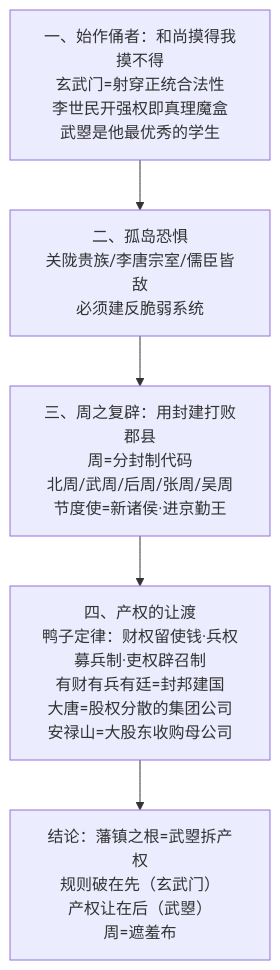
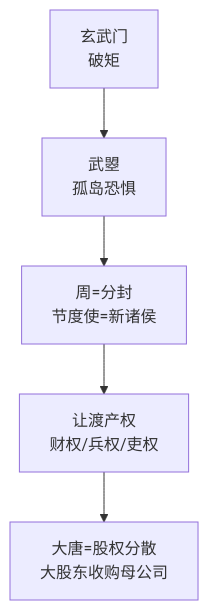
Before and after one commit to Seek-Key-LTD/kunpengzhi-podcast: the second of 6 diagrams in analysis/原文结构flowchart_第08章.md, drawn with Mermaid. The commit also changed other lines of this file, not shown here.

Commit message:
原文flowchart精简自解释版(mermaid原生渲染)

````diff
--- a/analysis/原文结构flowchart_第08章.md
+++ b/analysis/原文结构flowchart_第08章.md
@@ -23,7 +21,7 @@
 ```mermaid
 flowchart TD
-    S1[一、始作俑者：和尚摸得我摸不得<br/>玄武门=射穿正统合法性<br/>李世民开强权即真理魔盒<br/>武曌是他最优秀的学生] --> S2[二、孤岛恐惧<br/>关陇贵族/李唐宗室/儒臣皆敌<br/>必须建反脆弱系统] 
-    S2 --> S3[三、周之复辟：用封建打败郡县<br/>周=分封制代码<br/>北周/武周/后周/张周/吴周<br/>节度使=新诸侯·进京勤王] 
-    S3 --> S4[四、产权的让渡<br/>鸭子定律：财权留使钱·兵权募兵制·吏权辟召制<br/>有财有兵有廷=封邦建国<br/>大唐=股权分散的集团公司<br/>安禄山=大股东收购母公司]
-    S4 --> R1[结论：藩镇之根=武曌拆产权<br/>规则破在先（玄武门）<br/>产权让在后（武曌）<br/>周=遮羞布]
+    A[玄武门<br/>破矩] --> B[武曌<br/>孤岛恐惧]
+    B --> C[周=分封<br/>节度使=新诸侯]
+    C --> D[让渡产权<br/>财权/兵权/吏权]
+    D --> E[大唐=股权分散<br/>大股东收购母公司]
 ```
````
